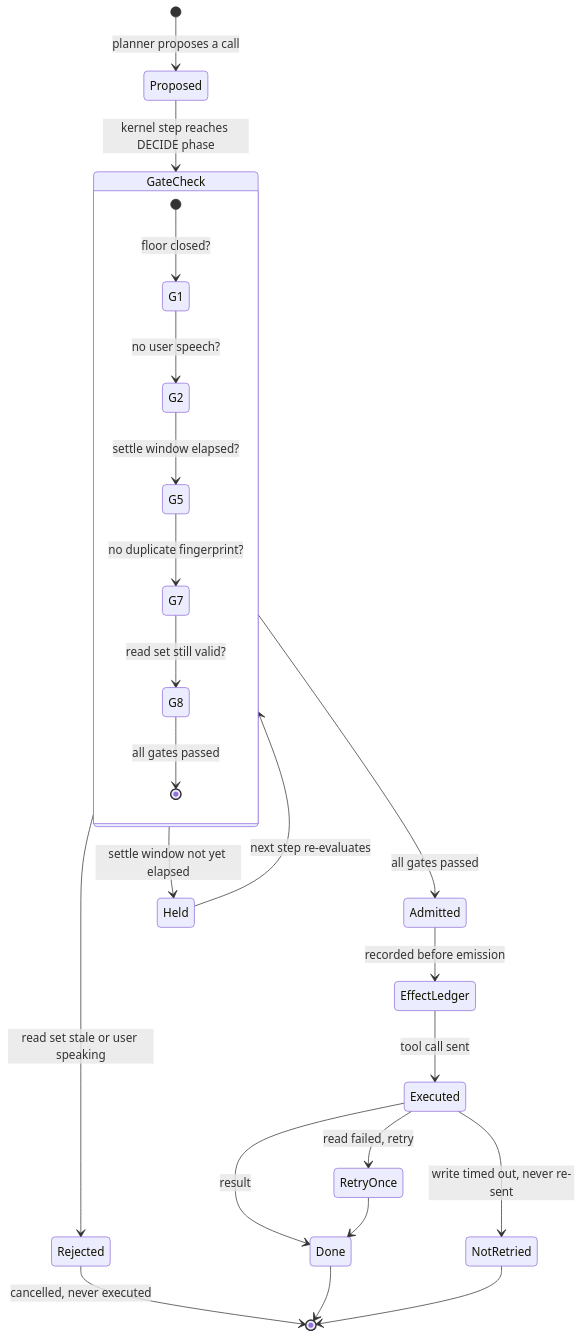
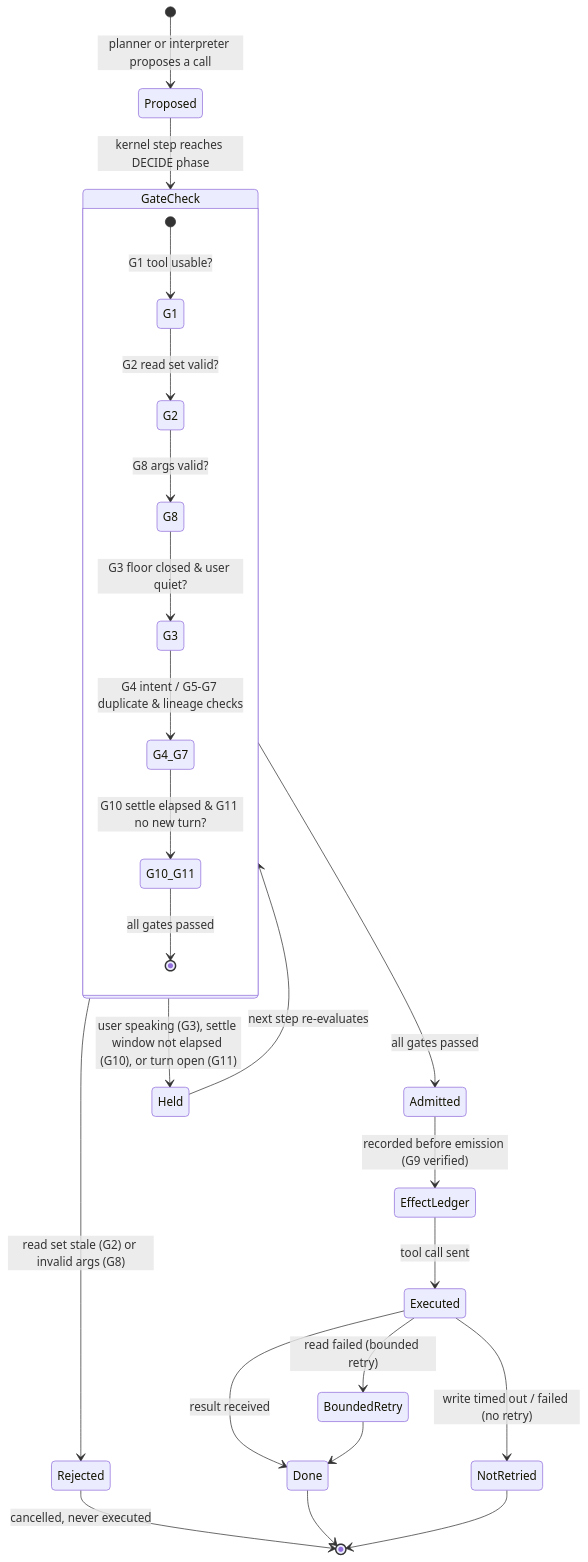
The fifth of 7 diagrams in README.md (AdithyaSanthosh-P/Janus), drawn with Mermaid before and after one commit. The commit also changed other lines of this file, not shown here.

````diff
--- a/README.md
+++ b/README.md
@@ -188,28 +277,29 @@
 ```mermaid
 stateDiagram-v2
-    [*] --> Proposed: planner proposes a call
+    [*] --> Proposed: planner or interpreter proposes a call
     Proposed --> GateCheck: kernel step reaches DECIDE phase
 
     state GateCheck {
-        [*] --> G1: floor closed?
-        G1 --> G2: no user speech?
-        G2 --> G5: settle window elapsed?
-        G5 --> G7: no duplicate fingerprint?
-        G7 --> G8: read set still valid?
-        G8 --> [*]: all gates passed
+        [*] --> G1: G1 tool usable?
+        G1 --> G2: G2 read set valid?
+        G2 --> G8: G8 args valid?
+        G8 --> G3: G3 floor closed & user quiet?
+        G3 --> G4_G7: G4 intent / G5-G7 duplicate & lineage checks
+        G4_G7 --> G10_G11: G10 settle elapsed & G11 no new turn?
+        G10_G11 --> [*]: all gates passed
     }
 
     GateCheck --> Admitted: all gates passed
-    GateCheck --> Held: settle window not yet elapsed
-    GateCheck --> Rejected: read set stale or user speaking
+    GateCheck --> Held: user speaking (G3), settle window not elapsed (G10), or turn open (G11)
+    GateCheck --> Rejected: read set stale (G2) or invalid args (G8)
     Held --> GateCheck: next step re-evaluates
     Rejected --> [*]: cancelled, never executed
-    Admitted --> EffectLedger: recorded before emission
+    Admitted --> EffectLedger: recorded before emission (G9 verified)
     EffectLedger --> Executed: tool call sent
-    Executed --> Done: result
-    Executed --> RetryOnce: read failed, retry
-    Executed --> NotRetried: write timed out, never re-sent
-    RetryOnce --> Done
+    Executed --> Done: result received
+    Executed --> BoundedRetry: read failed (bounded retry)
+    Executed --> NotRetried: write timed out / failed (no retry)
+    BoundedRetry --> Done
     Done --> [*]
     NotRetried --> [*]
 ```
````
